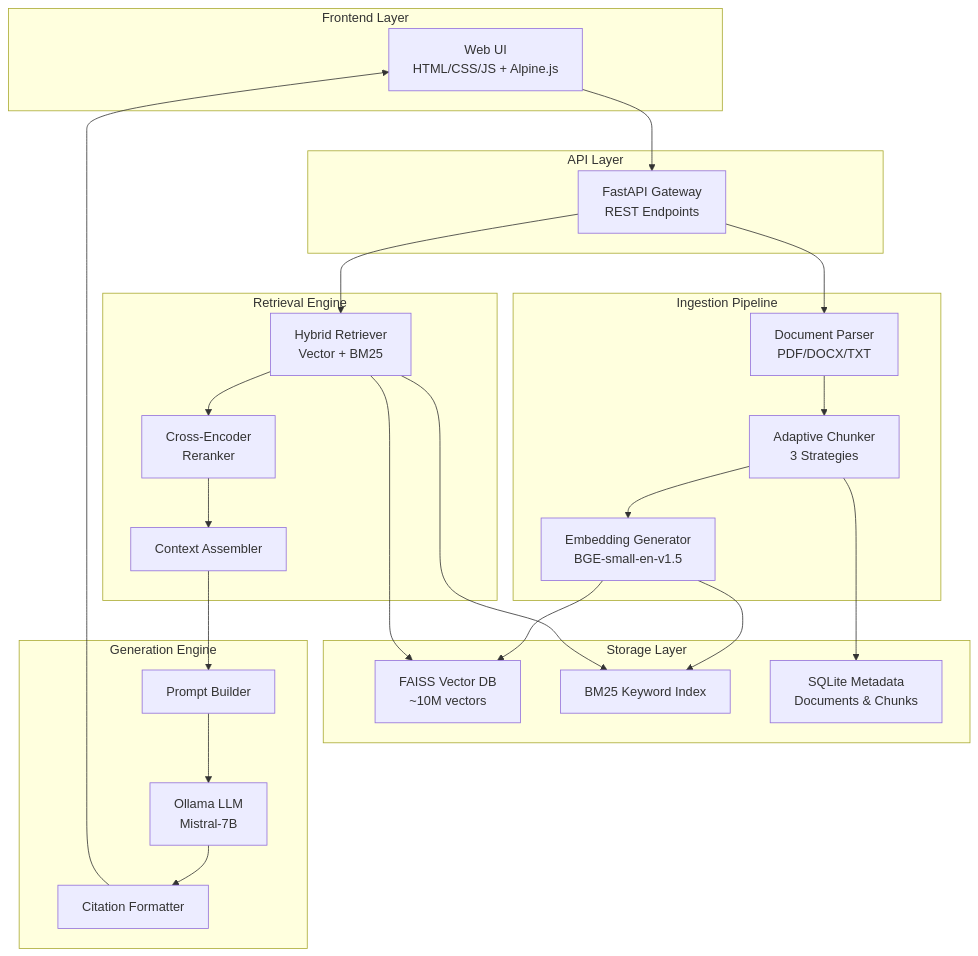
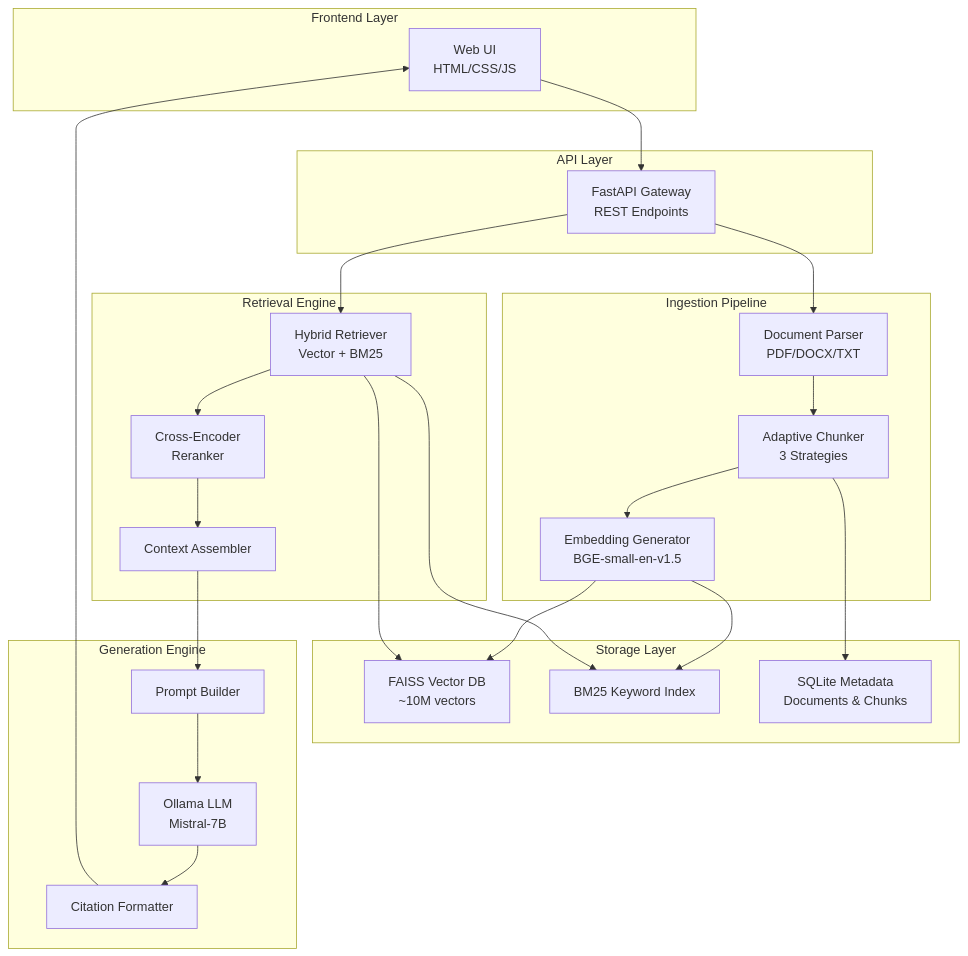
Before and after one commit to satyaki-mitra/docu-vault-ai: the second of 4 diagrams in README.md, drawn with Mermaid.

Commit message:
Updated README and docs/

````diff
--- a/README.md
+++ b/README.md
@@ -103,53 +103,53 @@
 ```mermaid
 graph TB
     subgraph "Frontend Layer"
-        A[Web UI<br/>HTML/CSS/JS + Alpine.js]
+        A[Web UI<br/>HTML/CSS/JS]
     end
     
     subgraph "API Layer"
         B[FastAPI Gateway<br/>REST Endpoints]
     end
     
     subgraph "Ingestion Pipeline"
         C[Document Parser<br/>PDF/DOCX/TXT]
         D[Adaptive Chunker<br/>3 Strategies]
         E[Embedding Generator<br/>BGE-small-en-v1.5]
     end
     
     subgraph "Storage Layer"
         F[FAISS Vector DB<br/>~10M vectors]
         G[BM25 Keyword Index]
         H[SQLite Metadata<br/>Documents & Chunks]
     end
     
     subgraph "Retrieval Engine"
         I[Hybrid Retriever<br/>Vector + BM25]
         J[Cross-Encoder<br/>Reranker]
         K[Context Assembler]
     end
     
     subgraph "Generation Engine"
         L[Ollama LLM<br/>Mistral-7B]
         M[Prompt Builder]
         N[Citation Formatter]
     end
     
     A --> B
     B --> C
     C --> D
     D --> E
     E --> F
     E --> G
     D --> H
     
     B --> I
     I --> F
     I --> G
     I --> J
     J --> K
     
     K --> M
     M --> L
     L --> N
     N --> A
 ```
````
